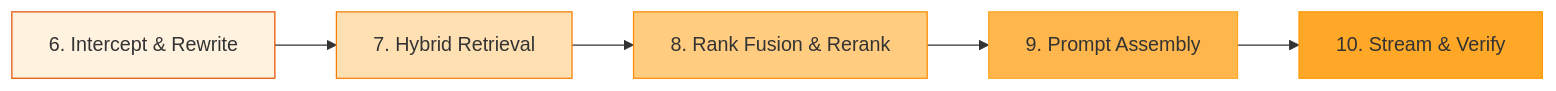
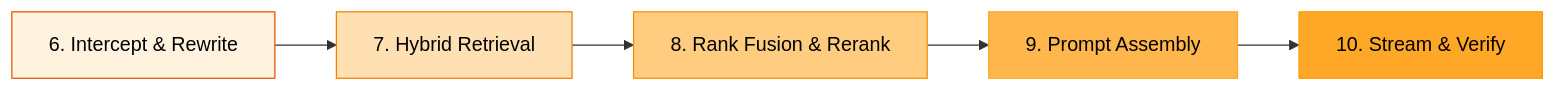
The fourth of 7 diagrams in 00-Introduction-to-RAG/RAG-Workflow.md (swapnil3104/RAG-Engineering), drawn with Mermaid before and after one commit. The commit also changed other lines of this file and 108 other files, not shown here.

Commit message:
fix: make chart text visible across all Mermaid diagrams and resolve markdown table formatting issues

````diff
--- a/00-Introduction-to-RAG/RAG-Workflow.md
+++ b/00-Introduction-to-RAG/RAG-Workflow.md
@@ -138,13 +138,13 @@
 ```mermaid
 flowchart LR
     S6[6. Intercept & Rewrite] --> S7[7. Hybrid Retrieval]
     S7 --> S8[8. Rank Fusion & Rerank]
     S8 --> S9[9. Prompt Assembly]
     S9 --> S10[10. Stream & Verify]
 
-    style S6 fill:#fff3e0,stroke:#e65100
-    style S7 fill:#ffe0b2,stroke:#f57c00
-    style S8 fill:#ffcc80,stroke:#fb8c00
-    style S9 fill:#ffb74d,stroke:#ffa726
-    style S10 fill:#ffa726,stroke:#ff9800
+    style S6 fill:#fff3e0,stroke:#e65100,color:#000000
+    style S7 fill:#ffe0b2,stroke:#f57c00,color:#000000
+    style S8 fill:#ffcc80,stroke:#fb8c00,color:#000000
+    style S9 fill:#ffb74d,stroke:#ffa726,color:#000000
+    style S10 fill:#ffa726,stroke:#ff9800,color:#000000
 ```
````
